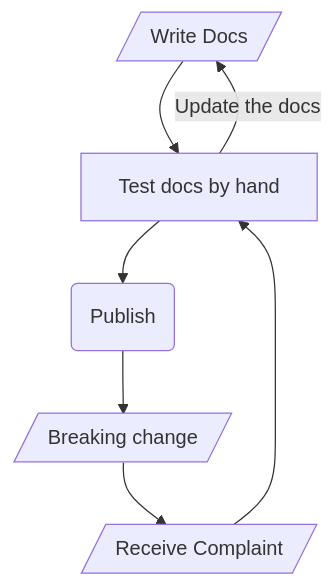
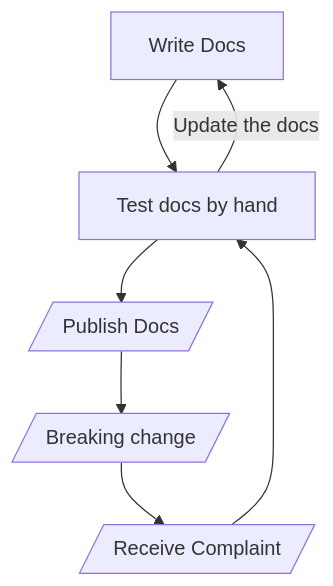
The first of 2 diagrams in README.md (DanRoscigno/SingleSourceCodeTestingAndDocs), drawn with Mermaid before and after one commit. The commit also changed other lines of this file, not shown here.

````diff
--- a/README.md
+++ b/README.md
@@ -14,11 +14,11 @@
 ```mermaid
 flowchart TD
 
-C[/Write Docs/]--> 
+C[Write Docs]--> 
 E[Test docs by hand] -- Update the docs -->C
 E -->J
-J(Publish) -->
+J[/Publish Docs/] -->
 M[/Breaking change/] -->
 P[/Receive Complaint/] 
 --> E
 ```
````
